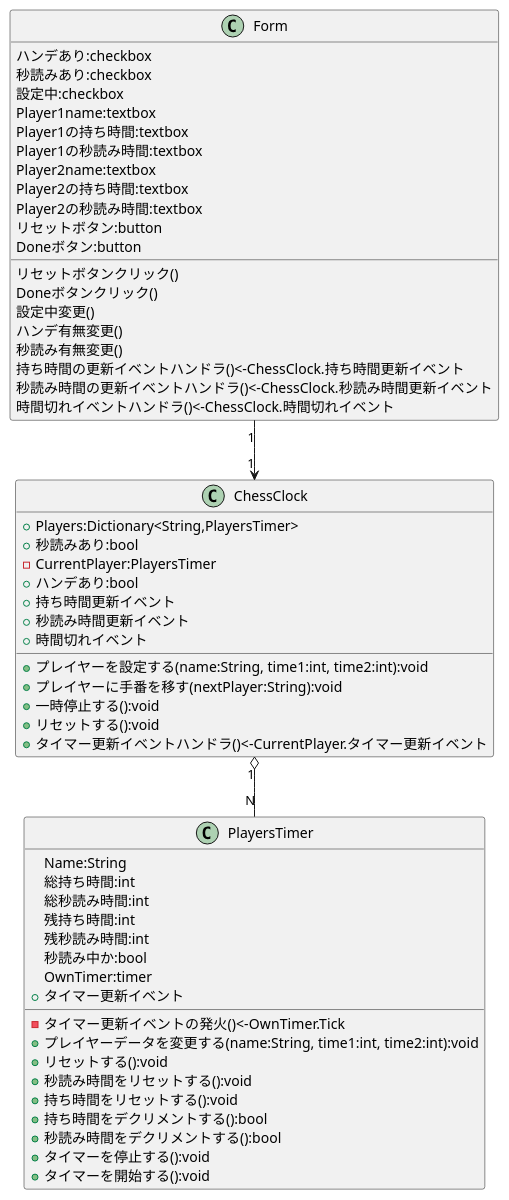
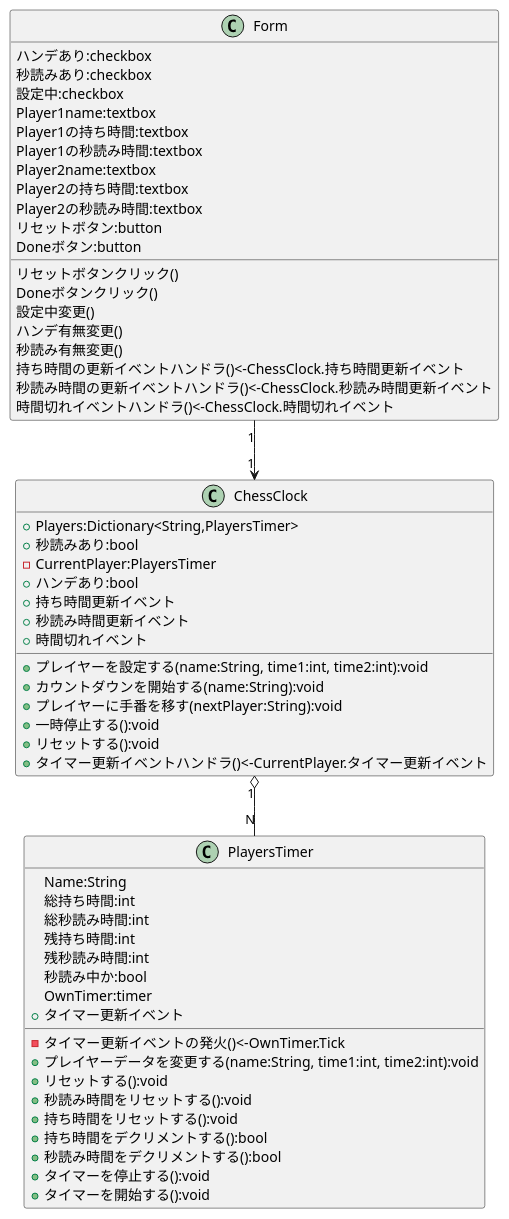
Before and after one commit to hiratashinnya/ChessClock: the diagram in docs/07_Class.md, drawn with PlantUML.

Commit message:
クラス図の修正
【ChessClock】
カウントダウン開始メソッドの追加

````diff
--- a/docs/07_Class.md
+++ b/docs/07_Class.md
@@ -10,67 +10,68 @@
 ```plantuml
 @startuml
 skinparam groupInheritance 3
 
 class Form{
   ハンデあり:checkbox
   秒読みあり:checkbox
   設定中:checkbox
   Player1name:textbox
   Player1の持ち時間:textbox
   Player1の秒読み時間:textbox
   Player2name:textbox
   Player2の持ち時間:textbox
   Player2の秒読み時間:textbox
   リセットボタン:button
   Doneボタン:button
   リセットボタンクリック()
   Doneボタンクリック()
   設定中変更()
   ハンデ有無変更()
   秒読み有無変更()
   持ち時間の更新イベントハンドラ()<-ChessClock.持ち時間更新イベント
   秒読み時間の更新イベントハンドラ()<-ChessClock.秒読み時間更新イベント
   時間切れイベントハンドラ()<-ChessClock.時間切れイベント
 }
 
 class ChessClock{
   +Players:Dictionary<String,PlayersTimer>
   +秒読みあり:bool
   -CurrentPlayer:PlayersTimer
   +ハンデあり:bool
   +持ち時間更新イベント
   +秒読み時間更新イベント
   +時間切れイベント
   
   +プレイヤーを設定する(name:String, time1:int, time2:int):void
+  +カウントダウンを開始する(name:String):void
   +プレイヤーに手番を移す(nextPlayer:String):void
   +一時停止する():void
   +リセットする():void
   +タイマー更新イベントハンドラ()<-CurrentPlayer.タイマー更新イベント
 }
 
 class PlayersTimer{
   Name:String
   総持ち時間:int
   総秒読み時間:int
   残持ち時間:int
   残秒読み時間:int
   秒読み中か:bool
   OwnTimer:timer
   +タイマー更新イベント
 
   -タイマー更新イベントの発火()<-OwnTimer.Tick
   +プレイヤーデータを変更する(name:String, time1:int, time2:int):void
   +リセットする():void
   +秒読み時間をリセットする():void
   +持ち時間をリセットする():void
   +持ち時間をデクリメントする():bool
   +秒読み時間をデクリメントする():bool
   +タイマーを停止する():void
   +タイマーを開始する():void
 }
 
 Form "1" --> "1" ChessClock
 ChessClock "1" o-- "N" PlayersTimer
 @enduml
 ```
````
